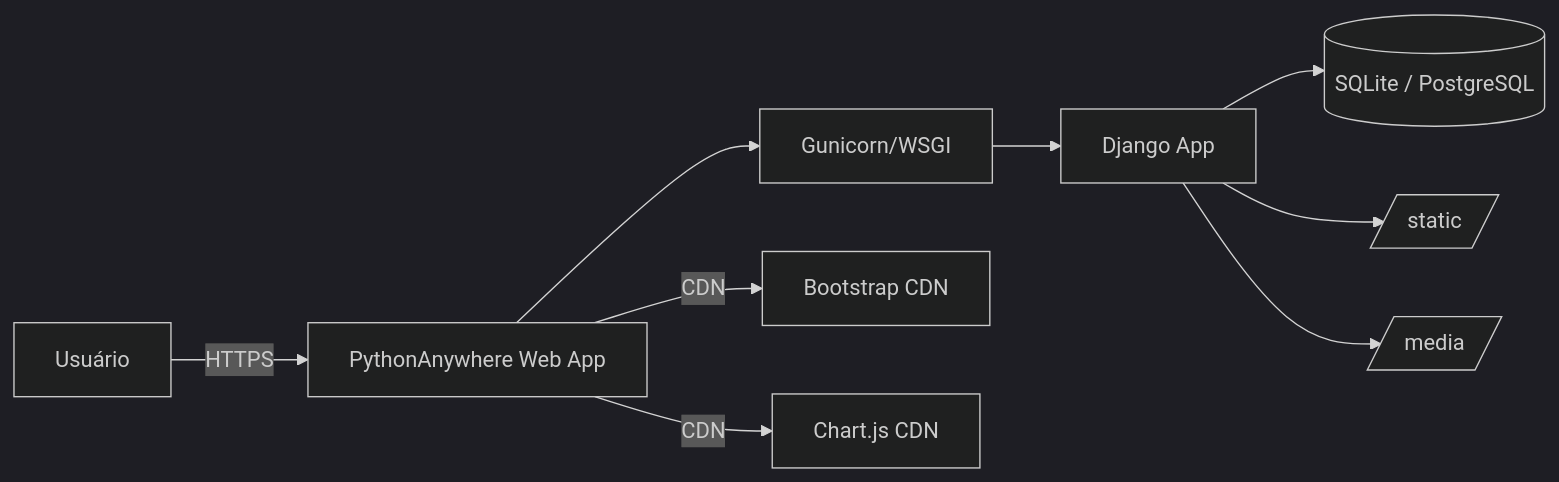
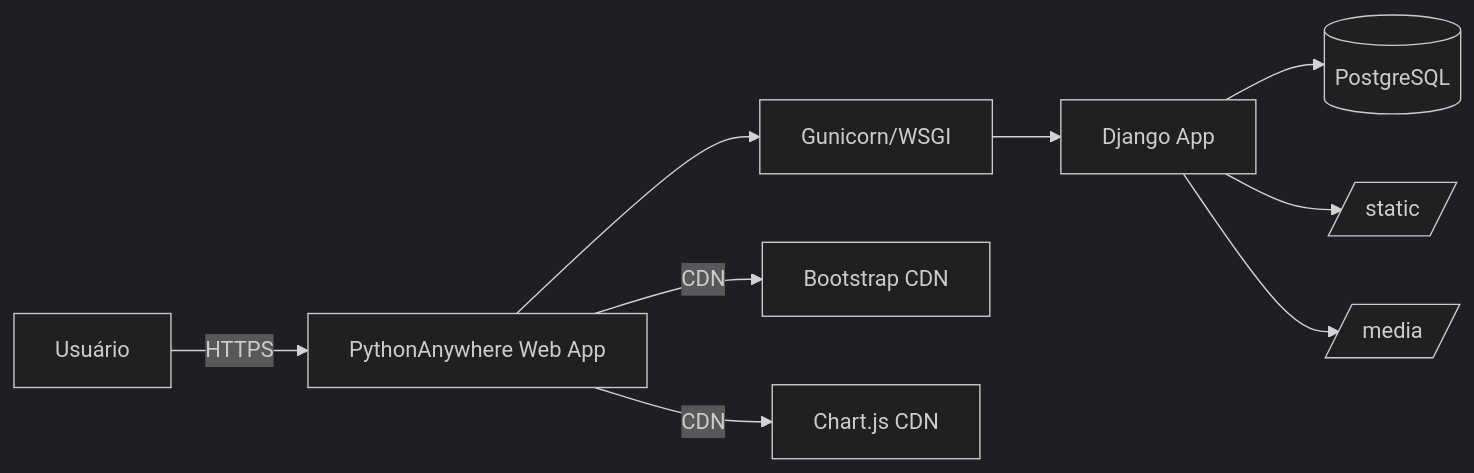
The diagram in _reversa_sdd/deployment.md (IsraelSilvaDev/gestao_eventos), drawn with Mermaid (dark theme) before and after one commit. The commit also changed other lines of this file and 12 other files, not shown here.

````diff
--- a/_reversa_sdd/deployment.md
+++ b/_reversa_sdd/deployment.md
@@ -5,12 +5,12 @@
 ```mermaid
 flowchart LR
     A[Usuário] -->|HTTPS| B[PythonAnywhere Web App]
     B --> C[Gunicorn/WSGI]
     C --> D[Django App]
-    D --> E[(SQLite / PostgreSQL)]
+    D --> E[(PostgreSQL)]
     D --> F[/static/]
     D --> G[/media/]
     
     B -->|CDN| H[Bootstrap CDN]
     B -->|CDN| I[Chart.js CDN]
 ```
````
